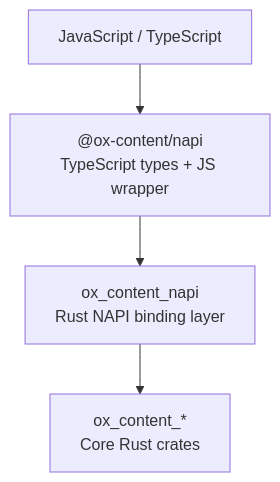
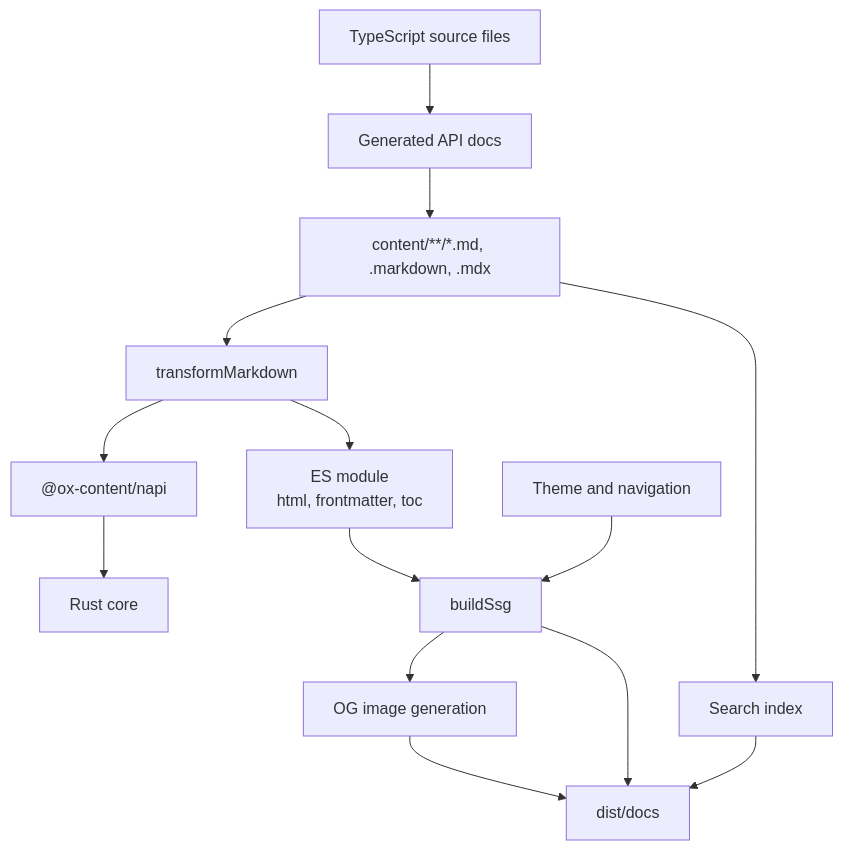
Before and after one commit to ubugeeei-prod/ox-content: the third of 4 diagrams in docs/content/architecture.md, drawn with Mermaid. The commit also changed other lines of this file and 4 other files, not shown here.

Commit message:
docs: update architecture overview

````diff
--- a/docs/content/architecture.md
+++ b/docs/content/architecture.md
@@ -441,11 +126,25 @@
 ```mermaid
-graph TB
-    JS["JavaScript / TypeScript"]
-    NPM["@ox-content/napi<br/>TypeScript types + JS wrapper"]
-    NAPI["ox_content_napi<br/>Rust NAPI binding layer"]
-    Core["ox_content_*<br/>Core Rust crates"]
+flowchart TB
+    Content["content/**/*.md, .markdown, .mdx"]
+    SourceTS["TypeScript source files"]
+    Transform["transformMarkdown"]
+    NAPI["@ox-content/napi"]
+    Core["Rust core"]
+    Module["ES module<br/>html, frontmatter, toc"]
+    SSG["buildSsg"]
+    Theme["Theme and navigation"]
+    Search["Search index"]
+    OG["OG image generation"]
+    Dist["dist/docs"]
 
-    JS --> NPM
-    NPM --> NAPI
-    NAPI --> Core
+    SourceTS --> Docs["Generated API docs"] --> Content
+    Content --> Transform --> NAPI --> Core
+    Transform --> Module
+    Module --> SSG
+    Theme --> SSG
+    Content --> Search
+    SSG --> OG
+    SSG --> Dist
+    Search --> Dist
+    OG --> Dist
 ```
````
